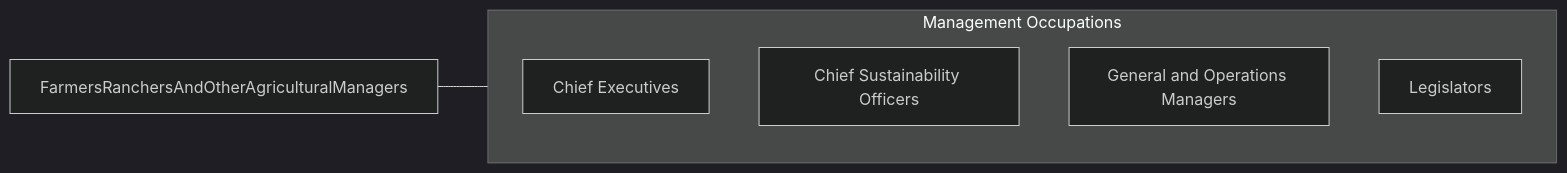
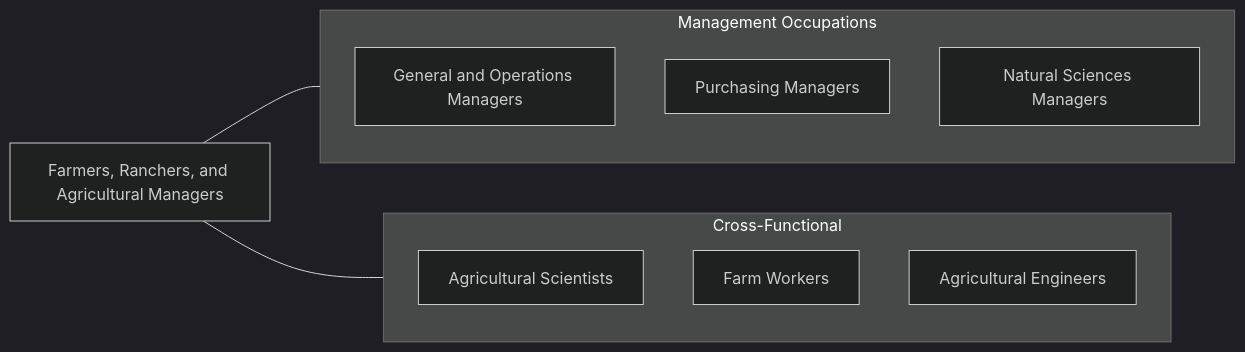
One commit to kziemski/business.org.ai changed the fourth of 4 diagrams in occupations/Management/FarmersRanchersAndOtherAgriculturalManagers.mdx. Above: the diagram before and after it, drawn with Mermaid (dark theme). The commit also changed other lines of this file and 938 other files, not shown here.

````diff
--- a/occupations/Management/FarmersRanchersAndOtherAgriculturalManagers.mdx
+++ b/occupations/Management/FarmersRanchersAndOtherAgriculturalManagers.mdx
@@ -120,13 +171,19 @@
 ```mermaid
 graph LR
-    Current["FarmersRanchersAndOtherAgriculturalManagers"]
+    FAM["Farmers, Ranchers, and Agricultural Managers"]
 
     subgraph SameCategory["Management Occupations"]
-        ChiefExecutives["Chief Executives"]
-        ChiefSustainabilityO["Chief Sustainability Officers"]
-        GeneralAndOperations["General and Operations Managers"]
-        Legislators["Legislators"]
+        GOps["General and Operations Managers"]
+        PM["Purchasing Managers"]
+        NSM["Natural Sciences Managers"]
     end
 
-    Current --- SameCategory
+    subgraph CrossFunctional["Cross-Functional"]
+        AS["Agricultural Scientists"]
+        FW["Farm Workers"]
+        AE["Agricultural Engineers"]
+    end
+
+    FAM --- SameCategory
+    FAM --- CrossFunctional
 ```
````
